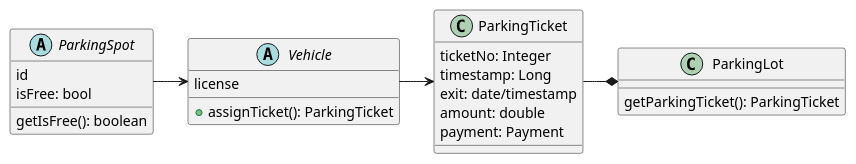
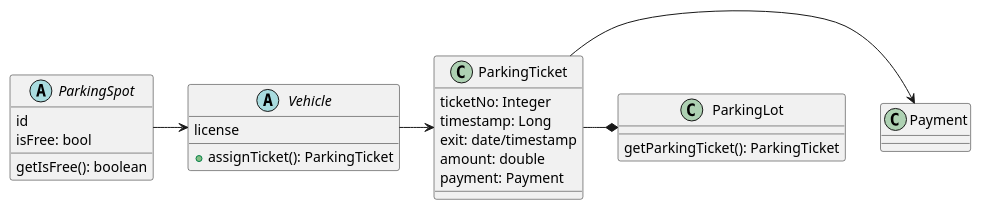
The second of 4 diagrams in concepts/1. TokenConcept.md (shashank1993/LLDInterviews), drawn with PlantUML before and after one commit. The commit also changed other lines of this file, not shown here.

Commit message:
Added payment

````diff
--- a/concepts/1. TokenConcept.md
+++ b/concepts/1. TokenConcept.md
@@ -52,29 +53,30 @@
 ```plantuml
     abstract class ParkingSpot {
         id
         isFree: bool
         
         getIsFree(): boolean
     }
     
     abstract class Vehicle {
         license
         + assignTicket(): ParkingTicket
     }
     
     class ParkingTicket {
         ticketNo: Integer
         timestamp: Long
         exit: date/timestamp
         amount: double
         payment: Payment
     }
+    ParkingTicket -> Payment
     class ParkingLot {
         getParkingTicket(): ParkingTicket
     }
     
     ParkingSpot -> Vehicle
     Vehicle -> ParkingTicket
     ParkingTicket -* ParkingLot
     
 ```
````
